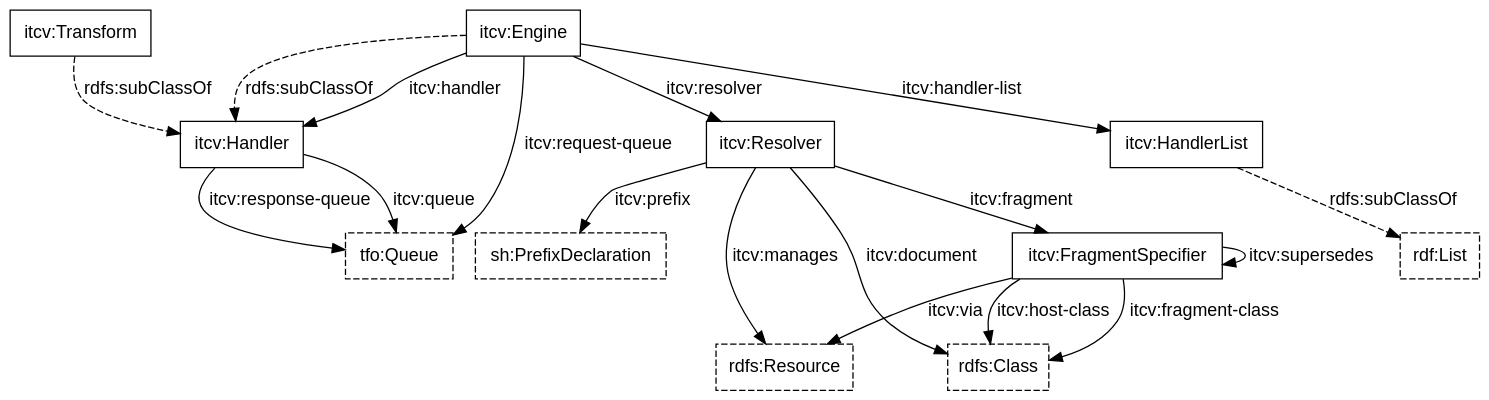
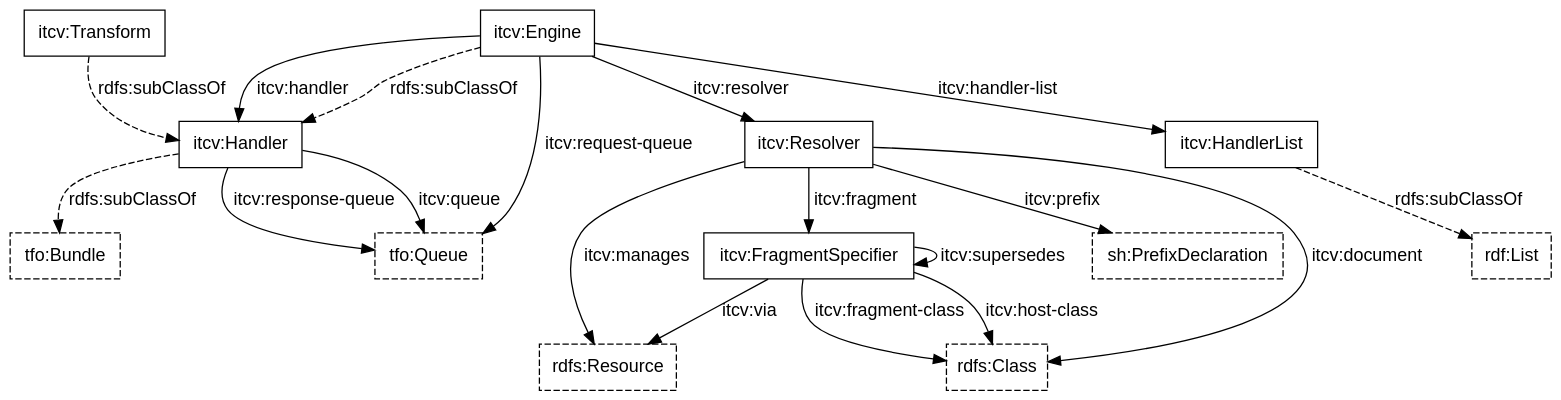
The diagram in intertwingler-classes.dot (doriantaylor/owl-intertwingler-vocab), drawn with Graphviz before and after one commit. The commit also changed 3 other files, not shown here.

```diff
--- a/intertwingler-classes.dot
+++ b/intertwingler-classes.dot
@@ -1,53 +1,54 @@
 digraph {
     graph [bgcolor=transparent];
     node [shape=box,color="#000000",fontcolor="#000000",fontname="Lucida Grande, Lucida Sans Unicode, sans-serif"];
     edge [color="#000000",fontcolor="#000000",fontname="Lucida Grande, Lucida Sans Unicode, sans-serif"];
 
 
     // third-party stuff
 
     subgraph {
         node [style=dashed];
         rdfs_Resource [label="rdfs:Resource", target="_parent", href="https://www.w3.org/TR/rdf-schema/#ch_resource"];
         rdfs_Class [label="rdfs:Class", target="_parent", href="https://www.w3.org/TR/rdf-schema/#ch_class"];
         rdf_List [label="rdf:List", target="_parent", href="https://www.w3.org/TR/rdf-schema/#ch_list"];
         sh_PrefixDeclaration [label="sh:PrefixDeclaration", target="_parent", href="https://www.w3.org/TR/shacl/#sparql-prefixes"];
+        tfo_Bundle [label="tfo:Bundle", target="_parent", href="https://vocab.methodandstructure.com/transformation#Bundle"];
         tfo_Queue [label="tfo:Queue", target="_parent", href="https://vocab.methodandstructure.com/transformation#Queue"];
     }
 
     // our classes
 
     itcv_Handler [label="itcv:Handler", target="_parent", href="https://vocab.methodandstructure.com/intertwingler#Handler"];
     itcv_Resolver [label="itcv:Resolver", target="_parent", href="https://vocab.methodandstructure.com/intertwingler#Resolver"];
     itcv_FragmentSpecifier [label="itcv:FragmentSpecifier", target="_parent", href="https://vocab.methodandstructure.com/intertwingler#FragmentSpecifier"];
     itcv_Engine [label="itcv:Engine", target="_parent", href="https://vocab.methodandstructure.com/intertwingler#Engine"];
     itcv_Transform [label="itcv:Transform", target="_parent", href="https://vocab.methodandstructure.com/intertwingler#Transform"];
     itcv_HandlerList [label="itcv:HandlerList", target="_parent", href="https://vocab.methodandstructure.com/intertwingler#HandlerList"];
 
     // subclass relations
 
     subgraph {
         edge [style=dashed, label="rdfs:subClassOf"];
 
-        itcv_Engine      -> itcv_Handler;
+        itcv_Engine      -> itcv_Handler -> tfo_Bundle;
         itcv_Transform   -> itcv_Handler;
         itcv_HandlerList -> rdf_List;
     }
 
     // main relations
 
     itcv_Resolver          -> rdfs_Resource [label="itcv:manages"];
     itcv_Resolver          -> sh_PrefixDeclaration [label="itcv:prefix"];
     itcv_Resolver          -> rdfs_Class [label="itcv:document"];
     itcv_Resolver          -> itcv_FragmentSpecifier [label="itcv:fragment"];
     itcv_FragmentSpecifier -> rdfs_Class [label="itcv:fragment-class"];
     itcv_FragmentSpecifier -> rdfs_Class [label="itcv:host-class"];
     itcv_FragmentSpecifier -> rdfs_Resource [label="itcv:via"];
     itcv_FragmentSpecifier -> itcv_FragmentSpecifier [label="itcv:supersedes"];
     itcv_Engine            -> itcv_Resolver [label="itcv:resolver"];
     itcv_Engine            -> itcv_Handler [label="itcv:handler"];
     itcv_Engine            -> itcv_HandlerList [label="itcv:handler-list"];
     itcv_Engine            -> tfo_Queue [label="itcv:request-queue"];
     itcv_Handler           -> tfo_Queue [label="itcv:response-queue"];
     itcv_Handler           -> tfo_Queue [label="itcv:queue"];
 }
```
